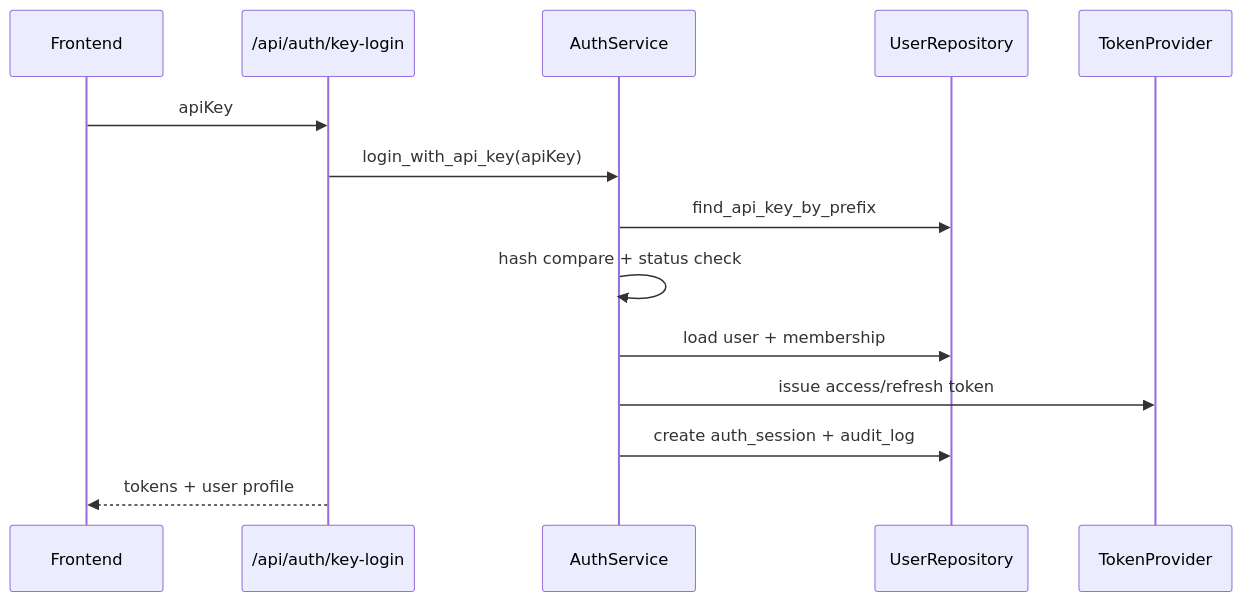
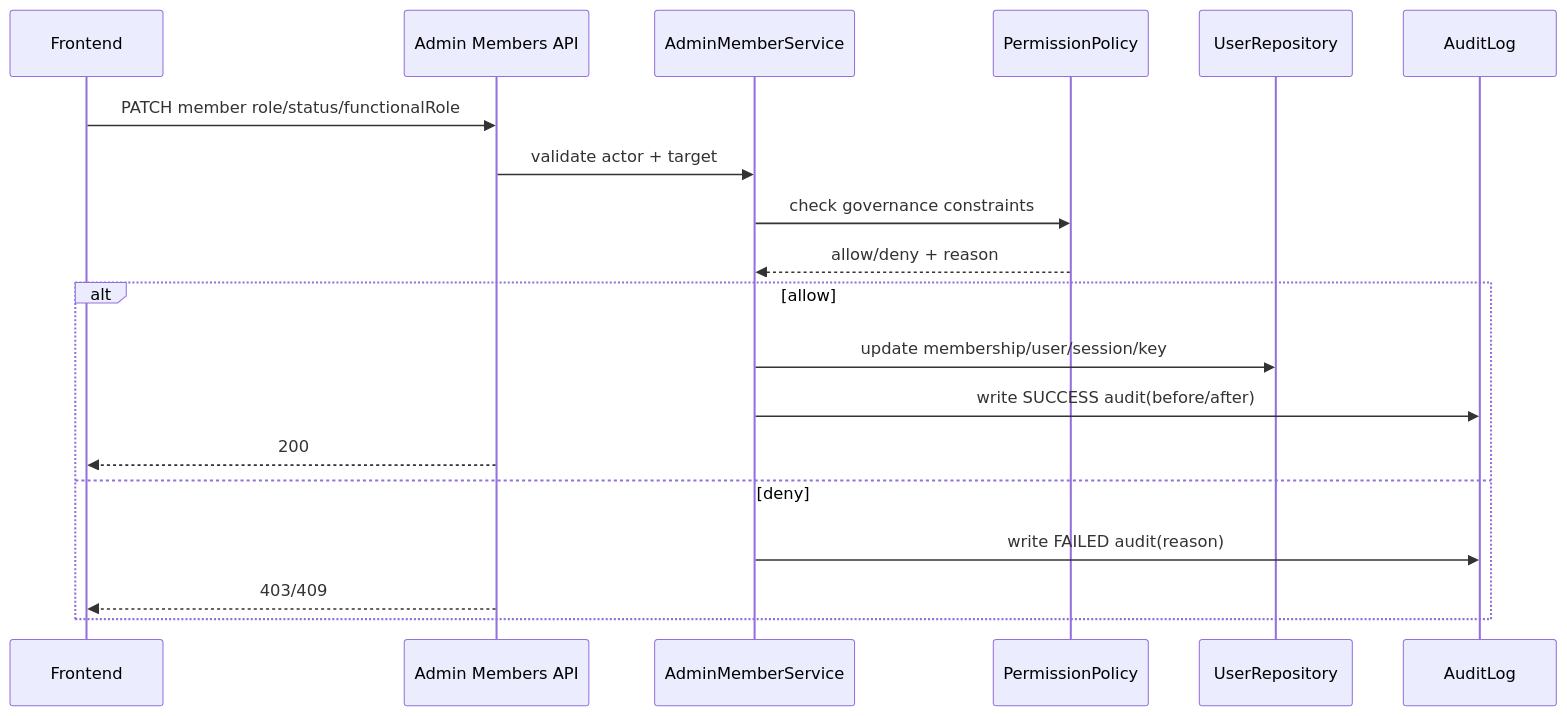
The diagram in docs/user_management/03_backend_implementation_design.md (petterr-xu/CoProduct), drawn with Mermaid before and after one commit. The commit also changed other lines of this file and 9 other files, not shown here.

Commit message:
fix/feat(docs): fix several problems of user managements and add new features about user role

````diff
--- a/docs/user_management/03_backend_implementation_design.md
+++ b/docs/user_management/03_backend_implementation_design.md
@@ -30,17 +80,22 @@
 ```mermaid
 sequenceDiagram
     participant FE as Frontend
-    participant API as /api/auth/key-login
-    participant AS as AuthService
-    participant UR as UserRepository
-    participant TP as TokenProvider
+    participant API as Admin Members API
+    participant SVC as AdminMemberService
+    participant POL as PermissionPolicy
+    participant REP as UserRepository
+    participant ADT as AuditLog
 
-    FE->>API: apiKey
-    API->>AS: login_with_api_key(apiKey)
-    AS->>UR: find_api_key_by_prefix
-    AS->>AS: hash compare + status check
-    AS->>UR: load user + membership
-    AS->>TP: issue access/refresh token
-    AS->>UR: create auth_session + audit_log
-    API-->>FE: tokens + user profile
+    FE->>API: PATCH member role/status/functionalRole
+    API->>SVC: validate actor + target
+    SVC->>POL: check governance constraints
+    POL-->>SVC: allow/deny + reason
+    alt allow
+        SVC->>REP: update membership/user/session/key
+        SVC->>ADT: write SUCCESS audit(before/after)
+        API-->>FE: 200
+    else deny
+        SVC->>ADT: write FAILED audit(reason)
+        API-->>FE: 403/409
+    end
 ```
````
